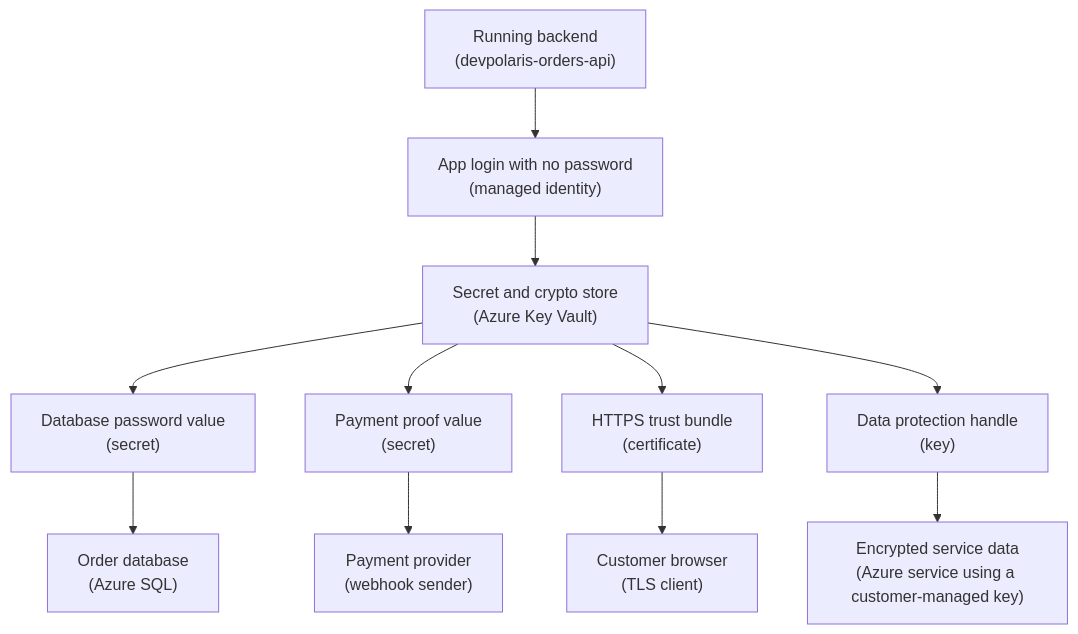
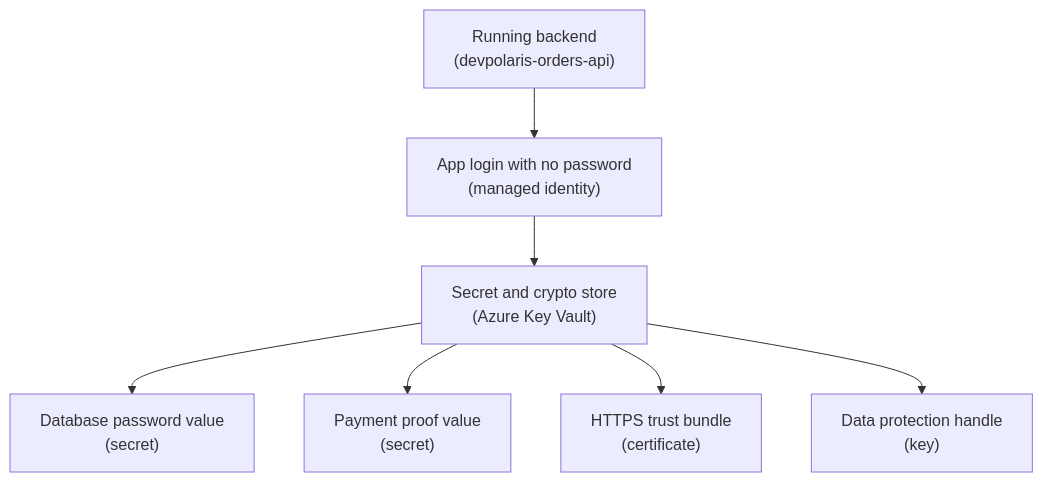
One commit to senlinyy/dev-roadmaps changed the diagram in cloud-providers/azure/identity-security/key-vault-secrets-and-encryption-basics.md. Above: the diagram before and after it, drawn with Mermaid. The commit also changed other lines of this file and 89 other files, not shown here.

````diff
--- a/cloud-providers/azure/identity-security/key-vault-secrets-and-encryption-basics.md
+++ b/cloud-providers/azure/identity-security/key-vault-secrets-and-encryption-basics.md
@@ -99,25 +99,17 @@
 ```mermaid
 flowchart TD
     APP["Running backend<br/>(devpolaris-orders-api)"]
     IDENTITY["App login with no password<br/>(managed identity)"]
     VAULT["Secret and crypto store<br/>(Azure Key Vault)"]
     DBSECRET["Database password value<br/>(secret)"]
     WEBHOOK["Payment proof value<br/>(secret)"]
     CERT["HTTPS trust bundle<br/>(certificate)"]
     KEY["Data protection handle<br/>(key)"]
-    DATABASE["Order database<br/>(Azure SQL)"]
-    PROVIDER["Payment provider<br/>(webhook sender)"]
-    BROWSER["Customer browser<br/>(TLS client)"]
-    STORAGE["Encrypted service data<br/>(Azure service using a customer-managed key)"]
 
     APP --> IDENTITY
     IDENTITY --> VAULT
     VAULT --> DBSECRET
     VAULT --> WEBHOOK
     VAULT --> CERT
     VAULT --> KEY
-    DBSECRET --> DATABASE
-    WEBHOOK --> PROVIDER
-    CERT --> BROWSER
-    KEY --> STORAGE
 ```
````
